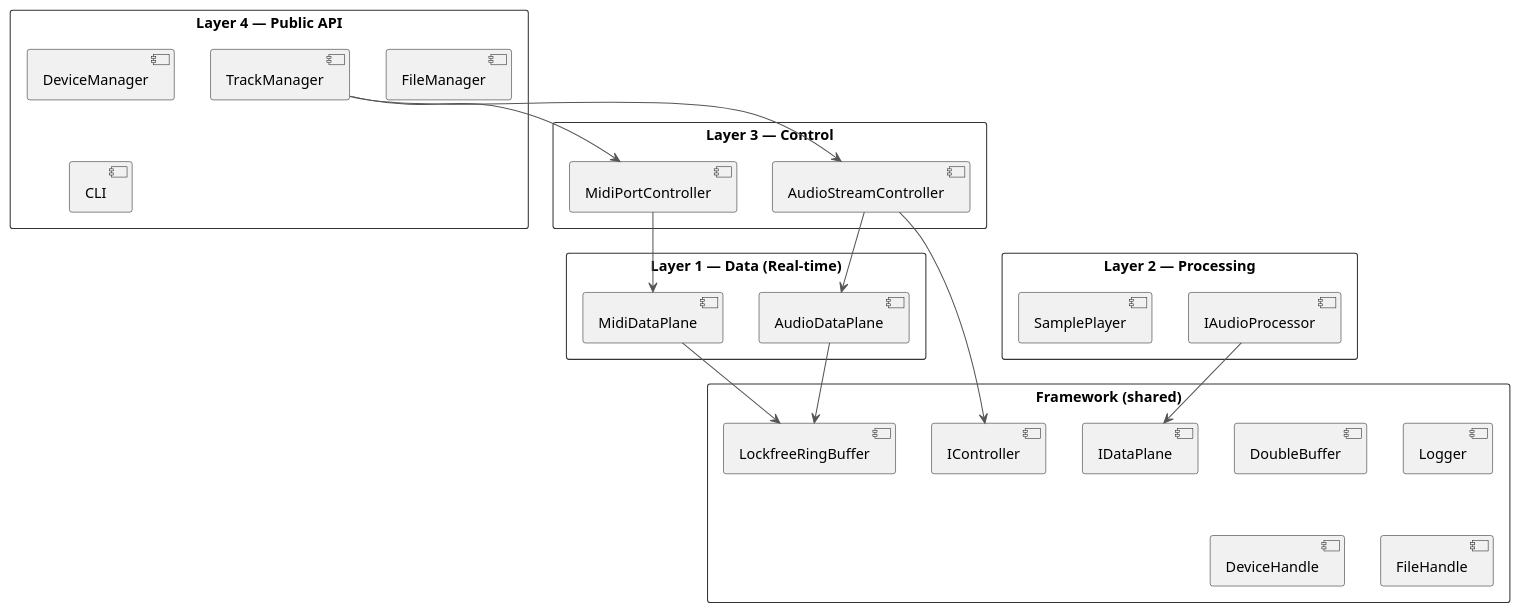
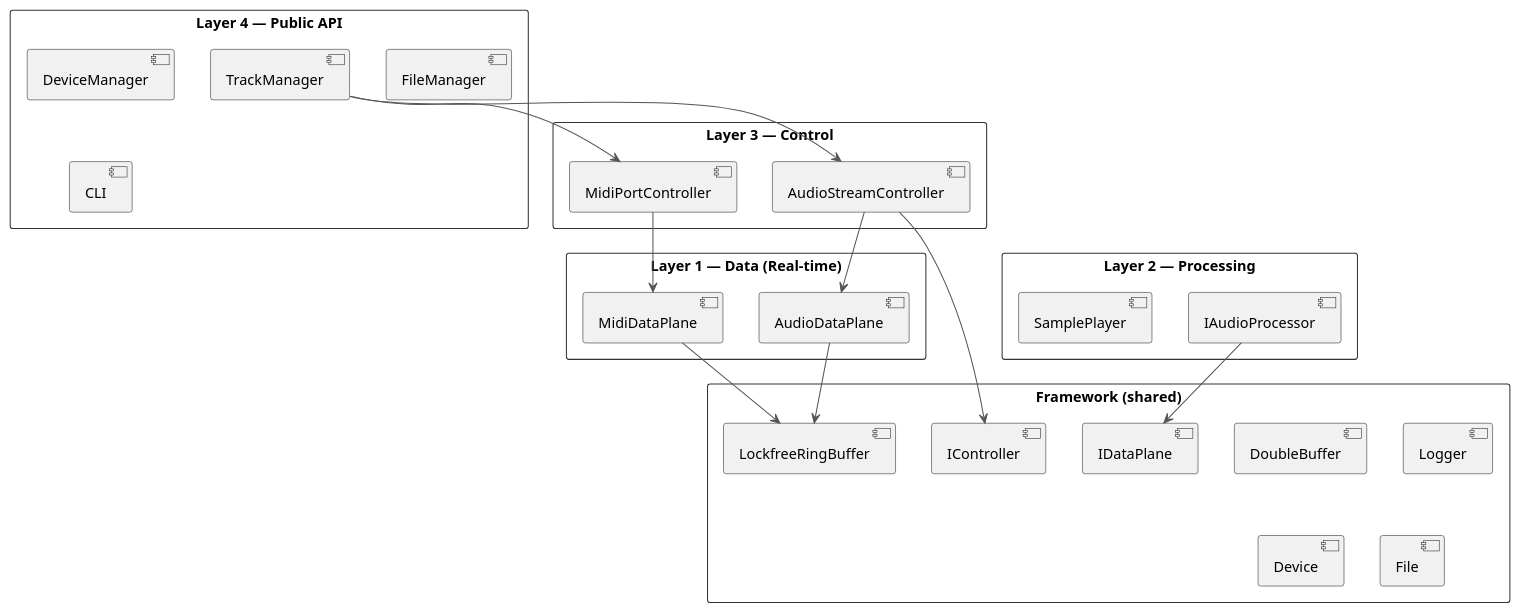
One commit to aidan-clyens/miniaudioengine changed the first of 2 diagrams in .github/prompts/review-architecture.prompt.md. Above: the diagram before and after it, drawn with PlantUML. The commit also changed other lines of this file and 146 other files, not shown here.

````diff
--- a/.github/prompts/review-architecture.prompt.md
+++ b/.github/prompts/review-architecture.prompt.md
@@ -87,49 +87,49 @@
 ```plantuml
 @startuml architecture
 skinparam packageStyle rectangle
 skinparam ArrowColor #555555
 skinparam PackageBorderColor #333333
 
 package "Layer 4 — Public API" {
   [TrackManager]
   [DeviceManager]
   [FileManager]
   [CLI]
 }
 
 package "Layer 3 — Control" {
   [AudioStreamController]
   [MidiPortController]
 }
 
 package "Layer 2 — Processing" {
   [IAudioProcessor]
   [SamplePlayer]
 }
 
 package "Layer 1 — Data (Real-time)" {
   [AudioDataPlane]
   [MidiDataPlane]
 }
 
 package "Framework (shared)" {
   [LockfreeRingBuffer]
   [DoubleBuffer]
   [Logger]
   [IController]
   [IDataPlane]
-  [DeviceHandle]
-  [FileHandle]
+  [Device]
+  [File]
 }
 
 [TrackManager] --> [AudioStreamController]
 [TrackManager] --> [MidiPortController]
 [AudioStreamController] --> [AudioDataPlane]
 [MidiPortController] --> [MidiDataPlane]
 [AudioDataPlane] --> [LockfreeRingBuffer]
 [MidiDataPlane] --> [LockfreeRingBuffer]
 [AudioStreamController] --> [IController]
 [IAudioProcessor] --> [IDataPlane]
 
 @enduml
 ```
````
